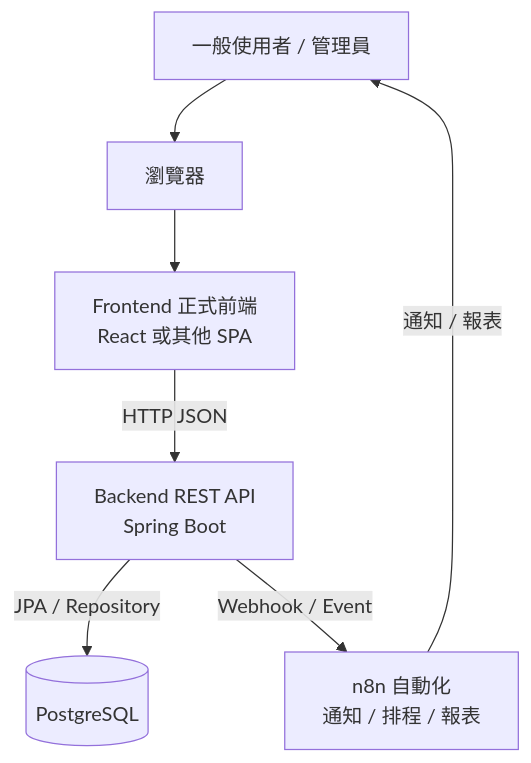
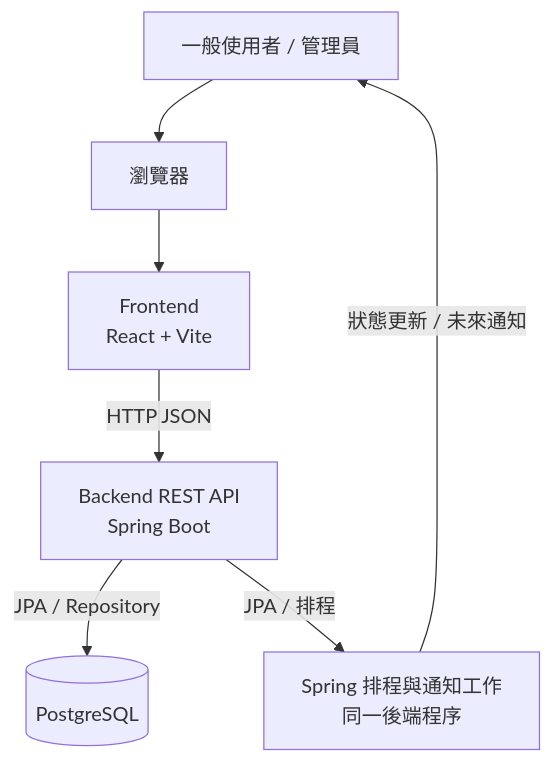
Before and after one commit to b2626826-blip/UcMarket: the first of 5 diagrams in docs/系統設計/網站架構.md, drawn with Mermaid. The commit also changed other lines of this file and 14 other files, not shown here.

````diff
--- a/docs/系統設計/網站架構.md
+++ b/docs/系統設計/網站架構.md
@@ -25,16 +25,16 @@
 ```mermaid
 flowchart TB
     user[一般使用者 / 管理員]
     browser[瀏覽器]
-    frontend[Frontend 正式前端\nReact 或其他 SPA]
+    frontend[Frontend\nReact + Vite]
     api[Backend REST API\nSpring Boot]
     db[(PostgreSQL)]
-    n8n[n8n 自動化\n通知 / 排程 / 報表]
+    scheduler[Spring 排程與通知工作\n同一後端程序]
 
     user --> browser
     browser --> frontend
     frontend -->|HTTP JSON| api
     api -->|JPA / Repository| db
-    api -->|Webhook / Event| n8n
-    n8n -->|通知 / 報表| user
+    api -->|JPA / 排程| scheduler
+    scheduler -->|狀態更新 / 未來通知| user
 ```
````
